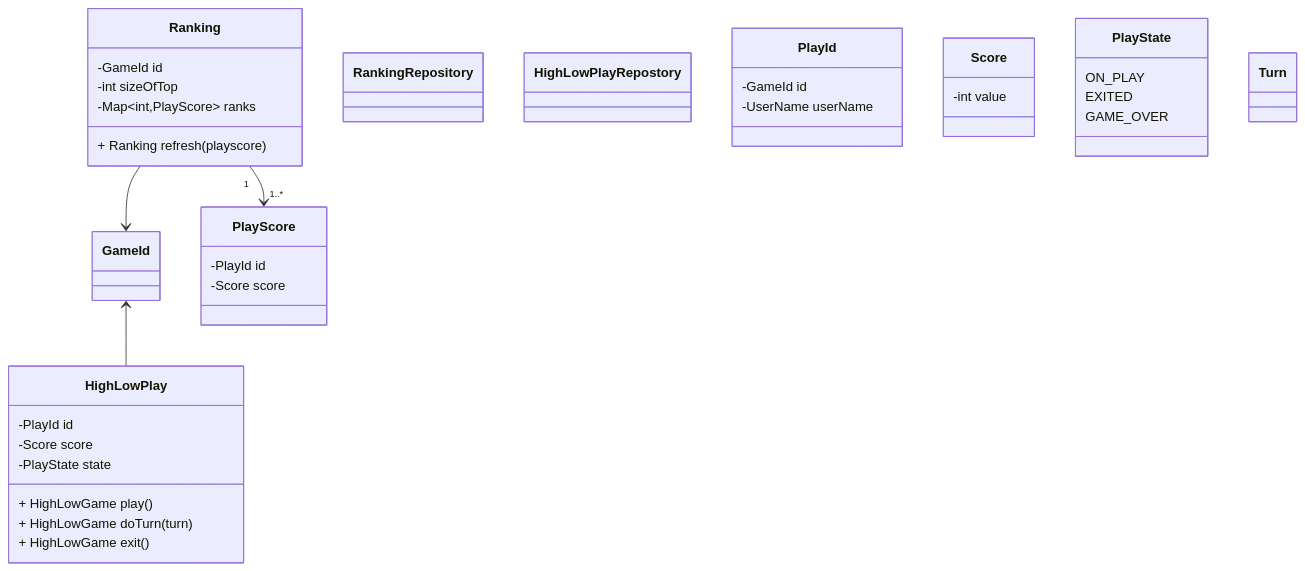
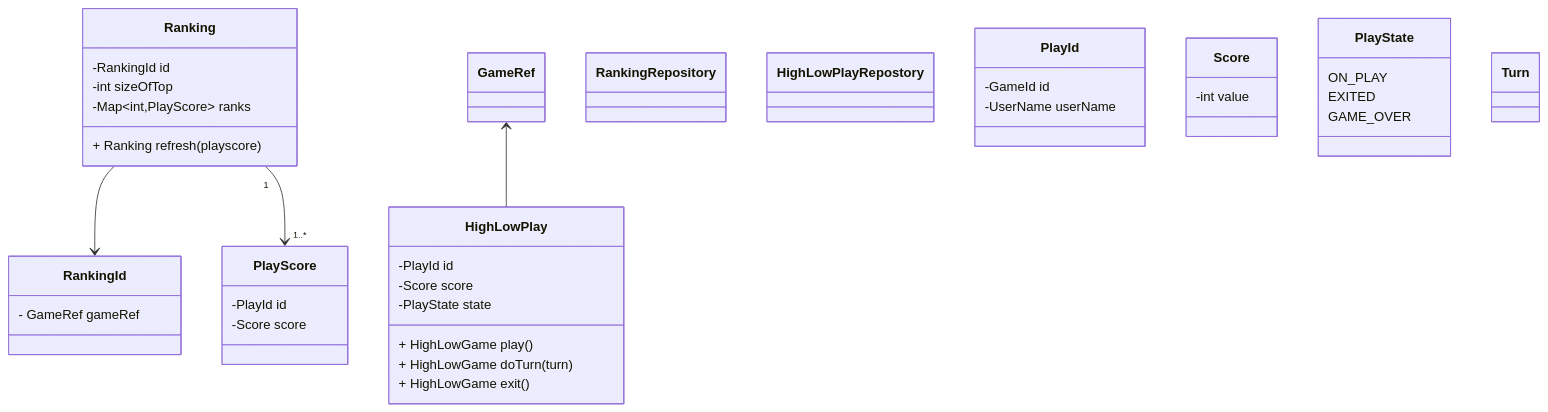
Before and after one commit to yangwansu/play-the-games: the diagram in README.md, drawn with Mermaid. The commit also changed 7 other files, not shown here.

````diff
--- a/README.md
+++ b/README.md
@@ -59,62 +59,66 @@
 ```mermaid
 classDiagram
 
-Ranking --> GameId
+Ranking --> RankingId
 Ranking "1" --> "1..*" PlayScore
 
-GameId <-- HighLowPlay
+class RankingId {
+    - GameRef gameRef
+}
+
+GameRef <-- HighLowPlay
 
 class RankingRepository { 
 
 }
 
 class Ranking {
- -GameId id
+ -RankingId id
  -int sizeOfTop
  -Map~int,PlayScore~ ranks
  
  + Ranking refresh(playscore)
 }
 
 class PlayScore {
    -PlayId id
    -Score score 
 }
 
 class HighLowPlayRepostory {
   
 }
 
 class HighLowPlay {
  -PlayId id
  -Score score
  -PlayState state
  + HighLowGame play()
  + HighLowGame doTurn(turn)
  + HighLowGame exit()
 }
 
 class PlayId {
  -GameId id
  -UserName userName
 }
 
 class Score {
  -int value
 }
 
 class PlayState {
  ON_PLAY
  EXITED
  GAME_OVER
 }
 
 class Turn {
   
 }
 
 
 
 
   
 ```
````
